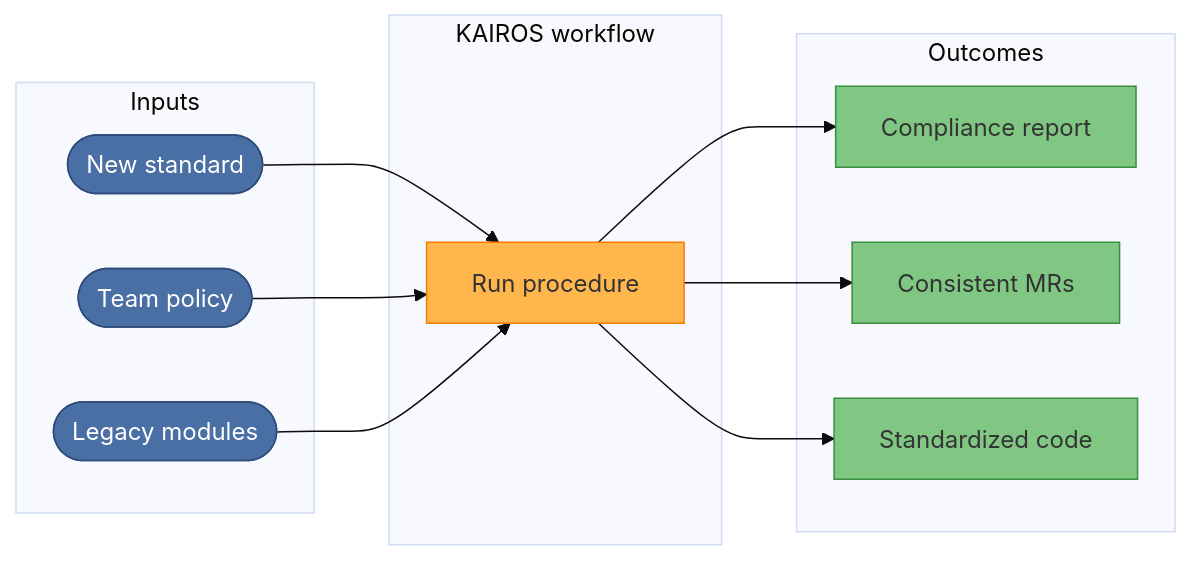
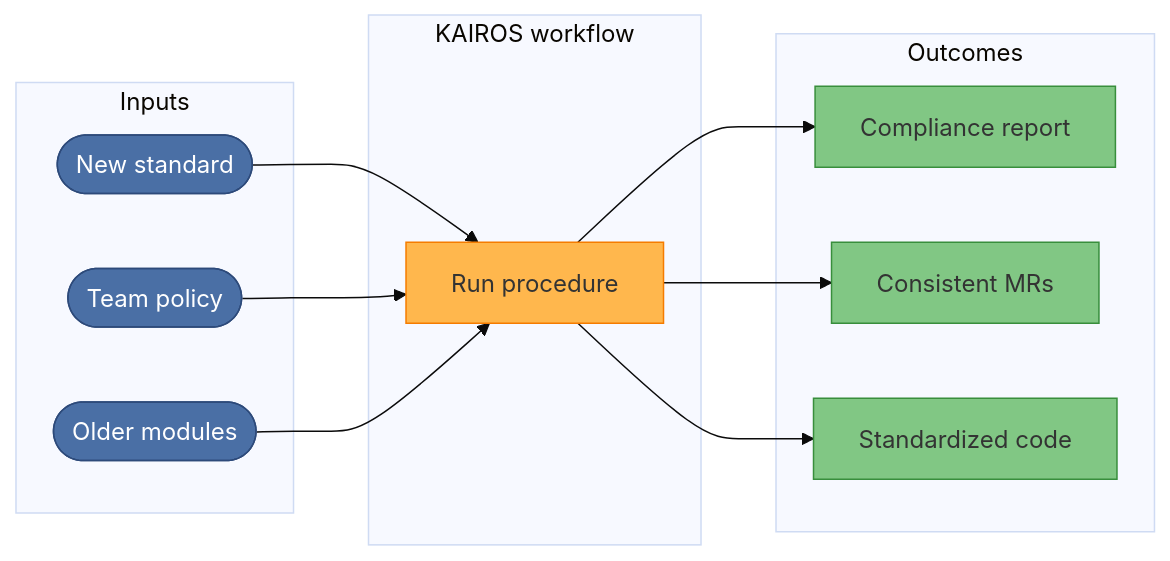
One commit to debian777/kairos-mcp changed the diagram in docs/business/README.md. Above: the diagram before and after it, drawn with Mermaid (base theme). The commit also changed 54 other files, not shown here.

````diff
--- a/docs/business/README.md
+++ b/docs/business/README.md
@@ -18,26 +18,26 @@
 ```mermaid
 flowchart LR
   subgraph in["Inputs"]
     A([New standard])
     B([Team policy])
-    C([Legacy modules])
+    C([Older modules])
   end
   subgraph kairos["KAIROS workflow"]
     D[Run procedure]
   end
   subgraph out["Outcomes"]
     E[Compliance report]
     F[Consistent MRs]
     G[Standardized code]
   end
   A --> D --> E
   B --> D --> F
   C --> D --> G
   style A fill:#4a6fa5,stroke:#2d4a7a,color:#fff
   style B fill:#4a6fa5,stroke:#2d4a7a,color:#fff
   style C fill:#4a6fa5,stroke:#2d4a7a,color:#fff
   style D fill:#ffb74d,stroke:#f57c00,color:#333
   style E fill:#81c784,stroke:#388e3c,color:#333
   style F fill:#81c784,stroke:#388e3c,color:#333
   style G fill:#81c784,stroke:#388e3c,color:#333
 ```
````
